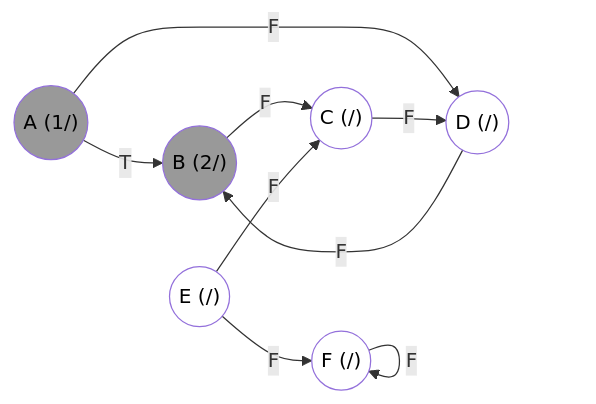
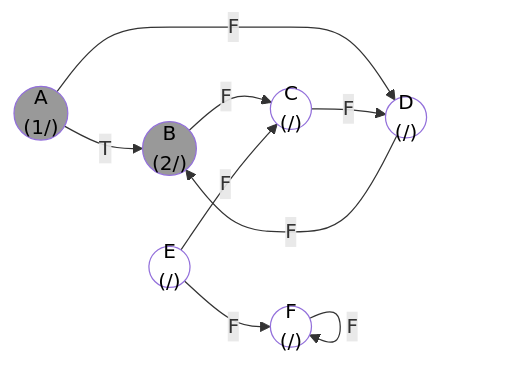
One commit to UFMG-Organizacao-de-Disciplinas/DCC865-Projeto_e_Analise_de_Algoritmos changed the eighth of 27 diagrams in 2024.2/Materiais enviados/Listas/Resoluções/Lista 3.md. Above: the diagram before and after it, drawn with Mermaid. The commit also changed other lines of this file and 1 other file, not shown here.

````diff
--- a/2024.2/Materiais enviados/Listas/Resoluções/Lista 3.md
+++ b/2024.2/Materiais enviados/Listas/Resoluções/Lista 3.md
@@ -474,28 +477,28 @@
 ```mermaid
 graph LR
     %% Coloração: fundo branco, texto preto
     style A fill:#999,color:#000
     style B fill:#999,color:#000
     style C fill:#fff,color:#000
     style D fill:#fff,color:#000
     style E fill:#fff,color:#000
     style F fill:#fff,color:#000
     
     %% Vértices
-    A(("A (1/)"))
-    B(("B (2/)"))
-    C(("C (/)"))
-    D(("D (/)"))
-    E(("E (/)"))
-    F(("F (/)"))
+    A(("A <br> (1/)"))
+    B(("B <br> (2/)"))
+    C(("C <br> (/)"))
+    D(("D <br> (/)"))
+    E(("E <br> (/)"))
+    F(("F <br> (/)"))
 
     %% Arestas
     A -->|T| B
     A -->|F| D
     B -->|F| C
     C -->|F| D
     D -->|F| B
     E -->|F| C
     E -->|F| F
     F -->|F| F
 ```
````
